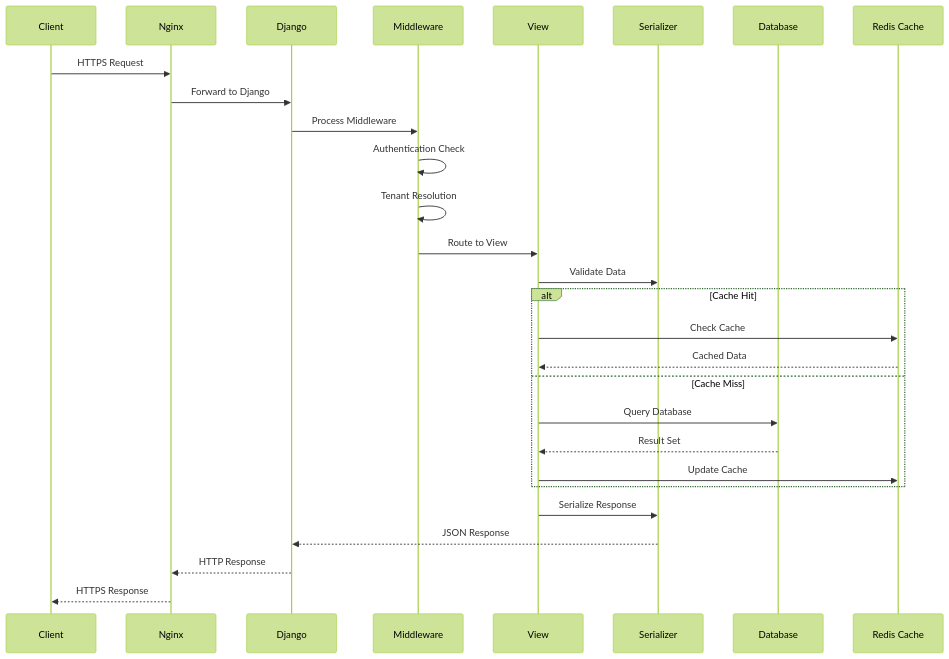
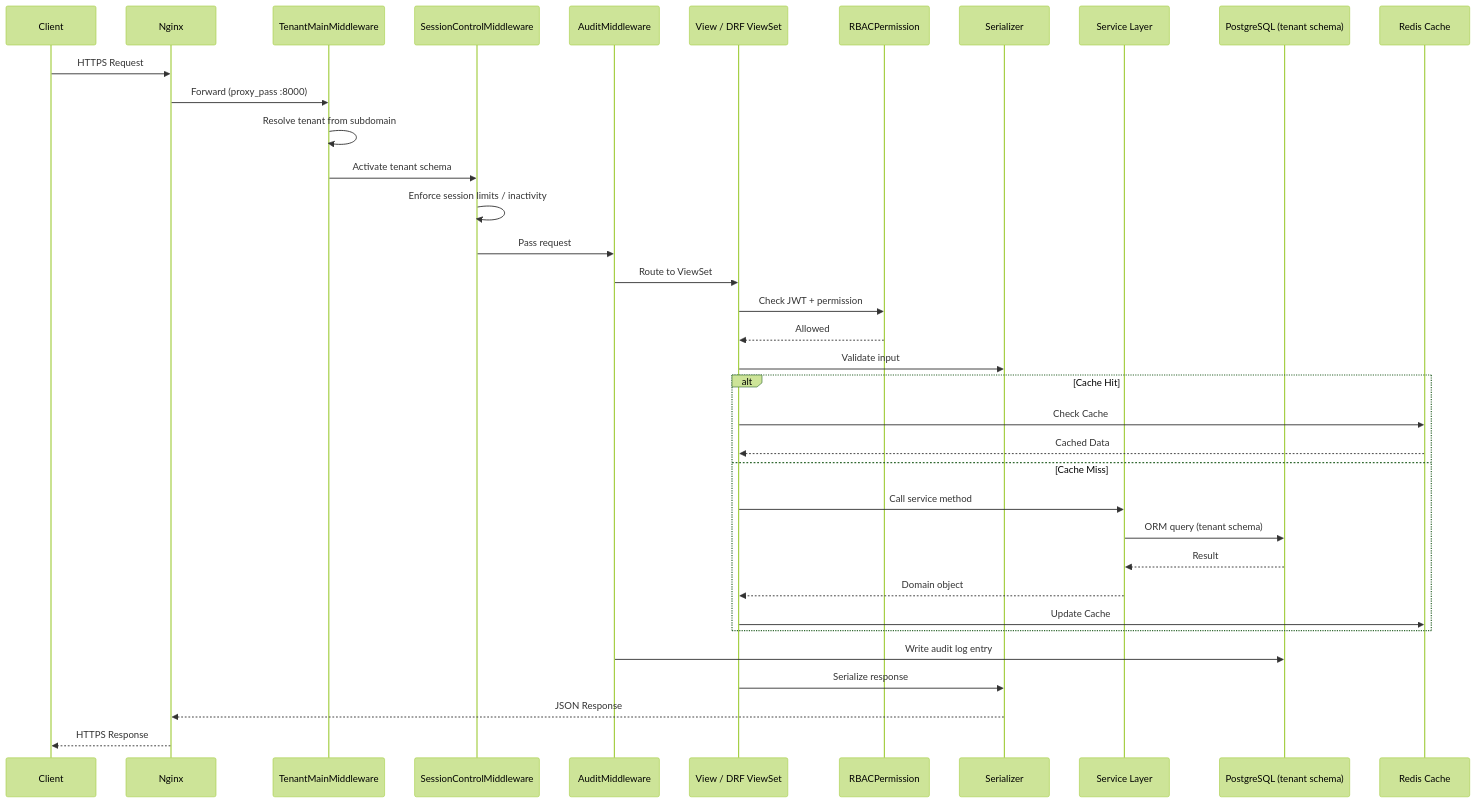
Before and after one commit to sbu-europe/dfms-naming-campaign: the eighth of 9 diagrams in 04-architecture/04-backend/diagrams/architecture-overview.md, drawn with Mermaid (forest theme). The commit also changed other lines of this file and 5 other files, not shown here.

First line of the commit message:
docs(architecture): update diagrams and overview to reflect Phase 1 implementation

````diff
--- a/04-architecture/04-backend/diagrams/architecture-overview.md
+++ b/04-architecture/04-backend/diagrams/architecture-overview.md
@@ -412,33 +392,41 @@
 ```mermaid
 sequenceDiagram
     participant C as Client
     participant N as Nginx
-    participant D as Django
-    participant M as Middleware
-    participant V as View
+    participant TM as TenantMainMiddleware
+    participant SM as SessionControlMiddleware
+    participant AM as AuditMiddleware
+    participant V as View / DRF ViewSet
+    participant RBAC as RBACPermission
     participant S as Serializer
-    participant DB as Database
+    participant SVC as Service Layer
+    participant DB as PostgreSQL (tenant schema)
     participant R as Redis Cache
 
     C->>N: HTTPS Request
-    N->>D: Forward to Django
-    D->>M: Process Middleware
-    M->>M: Authentication Check
-    M->>M: Tenant Resolution
-    M->>V: Route to View
-    V->>S: Validate Data
+    N->>TM: Forward (proxy_pass :8000)
+    TM->>TM: Resolve tenant from subdomain
+    TM->>SM: Activate tenant schema
+    SM->>SM: Enforce session limits / inactivity
+    SM->>AM: Pass request
+    AM->>V: Route to ViewSet
+    V->>RBAC: Check JWT + permission
+    RBAC-->>V: Allowed
+    V->>S: Validate input
 
     alt Cache Hit
         V->>R: Check Cache
         R-->>V: Cached Data
     else Cache Miss
-        V->>DB: Query Database
-        DB-->>V: Result Set
+        V->>SVC: Call service method
+        SVC->>DB: ORM query (tenant schema)
+        DB-->>SVC: Result
+        SVC-->>V: Domain object
         V->>R: Update Cache
     end
 
-    V->>S: Serialize Response
-    S-->>D: JSON Response
-    D-->>N: HTTP Response
+    AM->>DB: Write audit log entry
+    V->>S: Serialize response
+    S-->>N: JSON Response
     N-->>C: HTTPS Response
 ```
````
